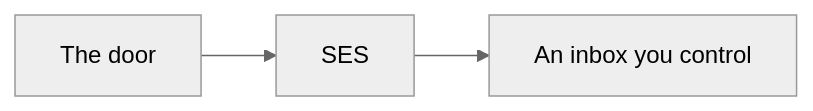
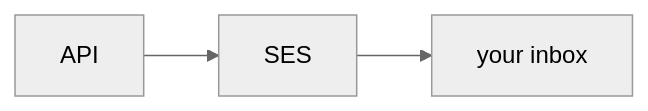
Before and after one commit to sreecharan-desu/hackx-slides: the diagram in content/tracks/backend-from-zero/lessons/12-amazon-ses.md, drawn with Mermaid (neutral theme). The commit also changed other lines of this file and 35 other files, not shown here.

````diff
--- a/content/tracks/backend-from-zero/lessons/12-amazon-ses.md
+++ b/content/tracks/backend-from-zero/lessons/12-amazon-ses.md
@@ -12,5 +12,5 @@
 ```mermaid
 flowchart LR
-  API[The door] --> SES[SES]
-  SES --> IN[An inbox you control]
+  API[API] --> SES[SES]
+  SES --> IN[your inbox]
 ```
````
